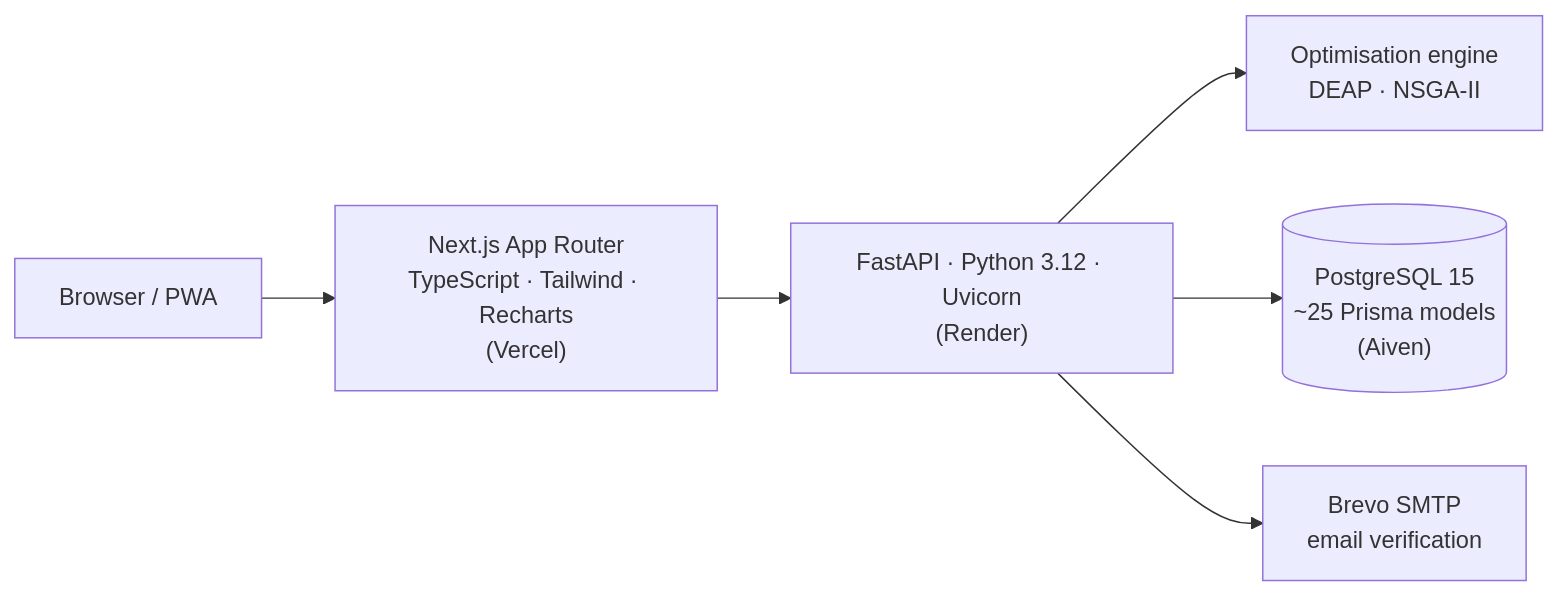
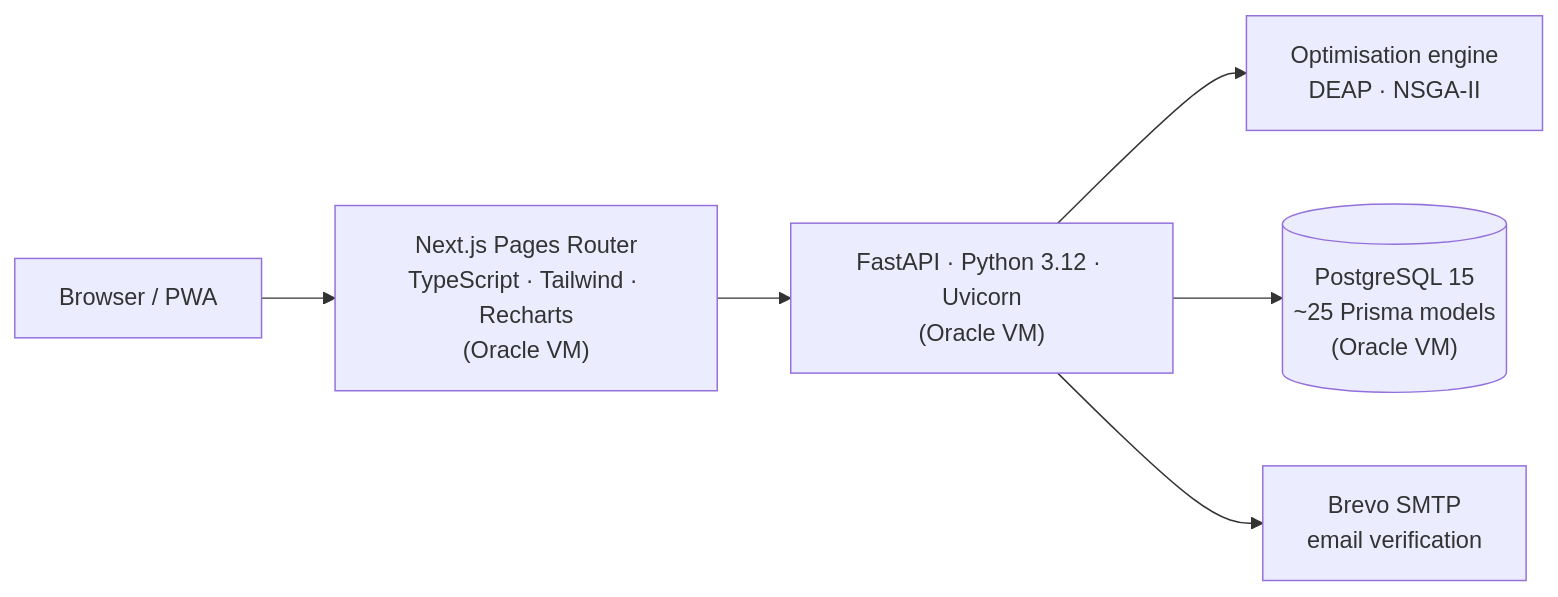
One commit to igor-vuta/intelli-factory changed the diagram in README.md. Above: the diagram before and after it, drawn with Mermaid. The commit also changed other lines of this file and 49 other files, not shown here.

````diff
--- a/README.md
+++ b/README.md
@@ -126,8 +127,8 @@
 ```mermaid
 flowchart LR
-    U[Browser / PWA] --> FE["Next.js App Router<br/>TypeScript · Tailwind · Recharts<br/>(Vercel)"]
-    FE --> API["FastAPI · Python 3.12 · Uvicorn<br/>(Render)"]
+    U[Browser / PWA] --> FE["Next.js Pages Router<br/>TypeScript · Tailwind · Recharts<br/>(Oracle VM)"]
+    FE --> API["FastAPI · Python 3.12 · Uvicorn<br/>(Oracle VM)"]
     API --> ENGINE["Optimisation engine<br/>DEAP · NSGA-II"]
-    API --> DB[("PostgreSQL 15<br/>~25 Prisma models<br/>(Aiven)")]
+    API --> DB[("PostgreSQL 15<br/>~25 Prisma models<br/>(Oracle VM)")]
     API --> MAIL["Brevo SMTP<br/>email verification"]
 ```
````
